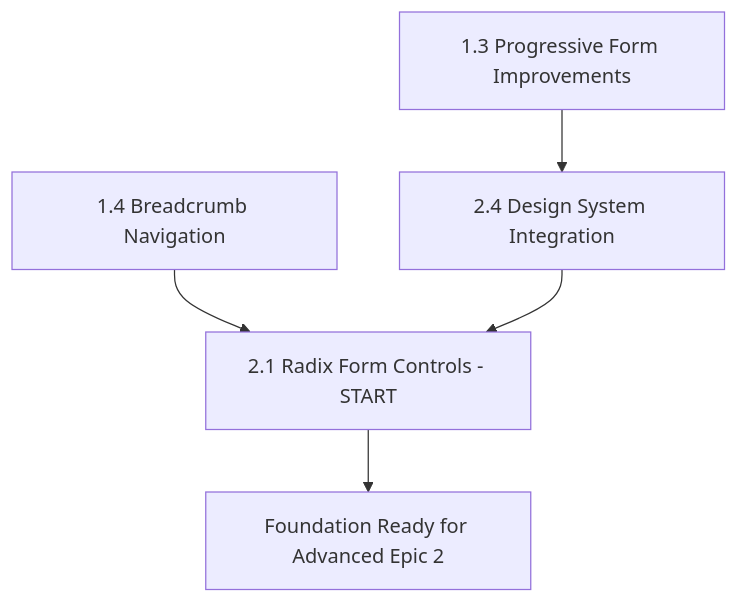
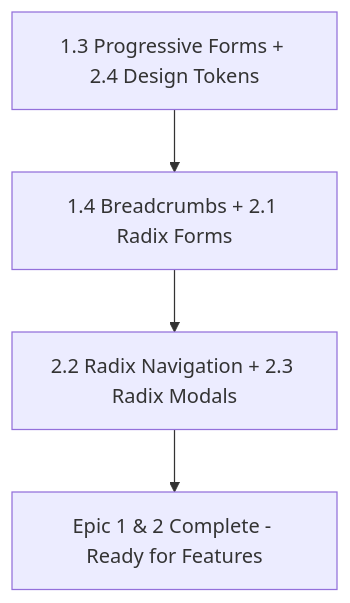
One commit to springfield-commonwealth/sciss-client changed the second of 3 diagrams in docs/stories/EPIC-DEPENDENCIES-MAP.md. Above: the diagram before and after it, drawn with Mermaid. The commit also changed other lines of this file and 24 other files, not shown here.

````diff
--- a/docs/stories/EPIC-DEPENDENCIES-MAP.md
+++ b/docs/stories/EPIC-DEPENDENCIES-MAP.md
@@ -147,7 +168,6 @@
 ```mermaid
 graph TD
-    A[1.3 Progressive Form Improvements] --> B[2.4 Design System Integration]
-    C[1.4 Breadcrumb Navigation] --> D[2.1 Radix Form Controls - START]
-    B --> D
-    D --> E[Foundation Ready for Advanced Epic 2]
+    A[1.3 Progressive Forms + 2.4 Design Tokens] --> B[1.4 Breadcrumbs + 2.1 Radix Forms]
+    B --> C[2.2 Radix Navigation + 2.3 Radix Modals]
+    C --> D[Epic 1 & 2 Complete - Ready for Features]
 ```
````
